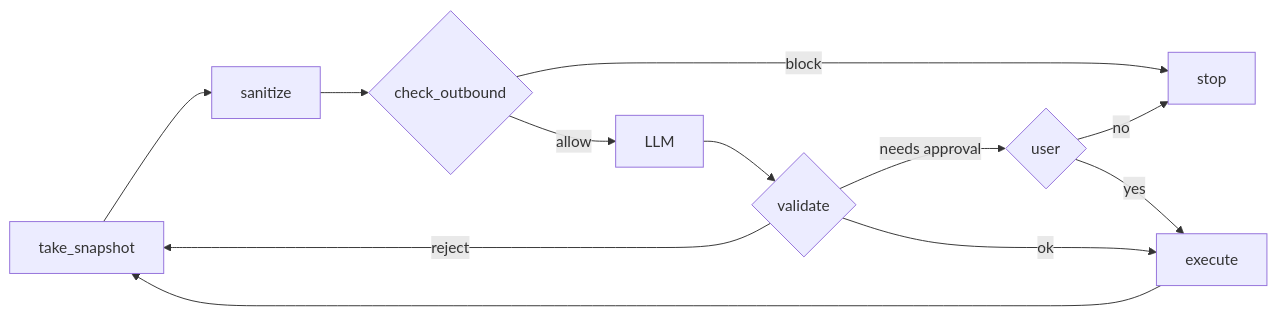
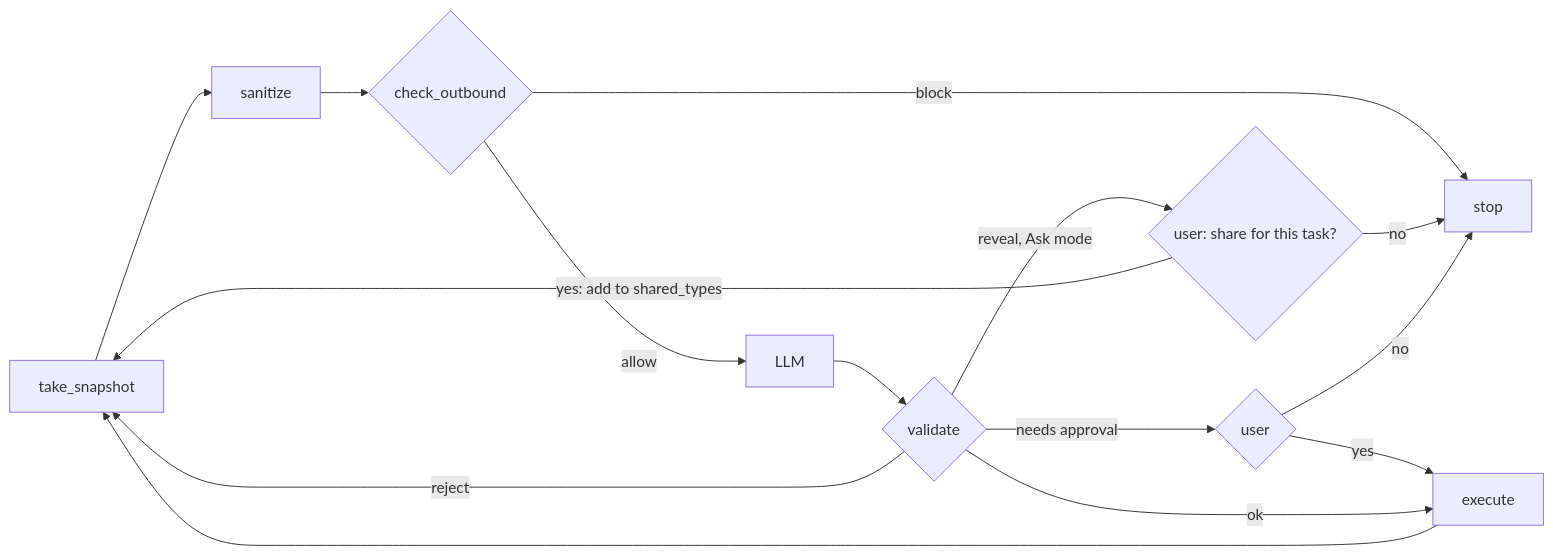
Before and after one commit to PECathon-2026/Team-PF-A73PXS: the diagram in docs/explain/agent.md, drawn with Mermaid. The commit also changed other lines of this file and 20 other files, not shown here.

````diff
--- a/docs/explain/agent.md
+++ b/docs/explain/agent.md
@@ -18,11 +20,14 @@
 ```mermaid
 flowchart LR
   S[take_snapshot] --> Z[sanitize] --> G{check_outbound}
   G -->|block| X[stop]
   G -->|allow| L[LLM] --> V{validate}
   V -->|reject| S
+  V -->|reveal, Ask mode| R{user: share for this task?}
+  R -->|no| X
+  R -->|yes: add to shared_types| S
   V -->|needs approval| U{user}
   U -->|no| X
   U -->|yes| E[execute] --> S
   V -->|ok| E
 ```
````
